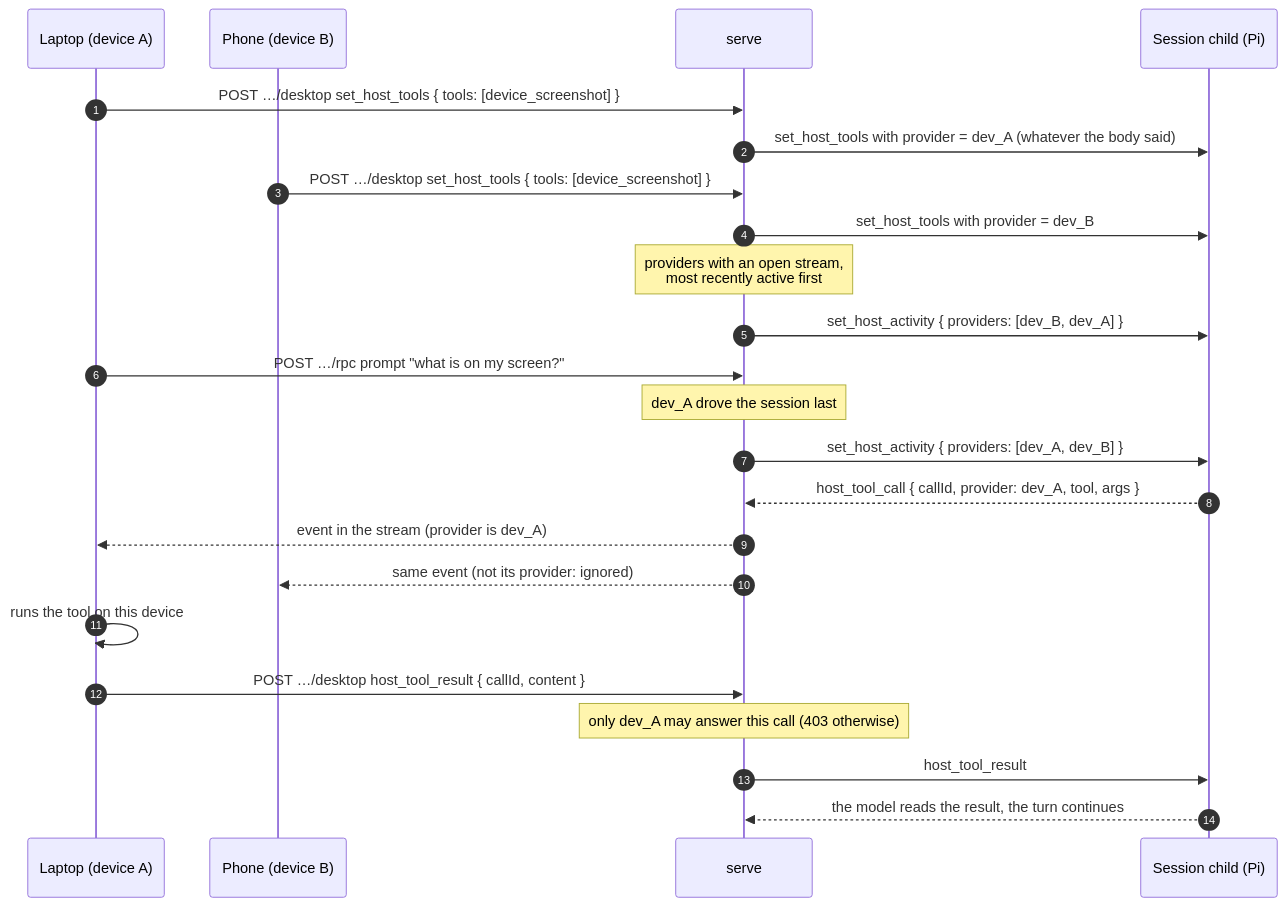
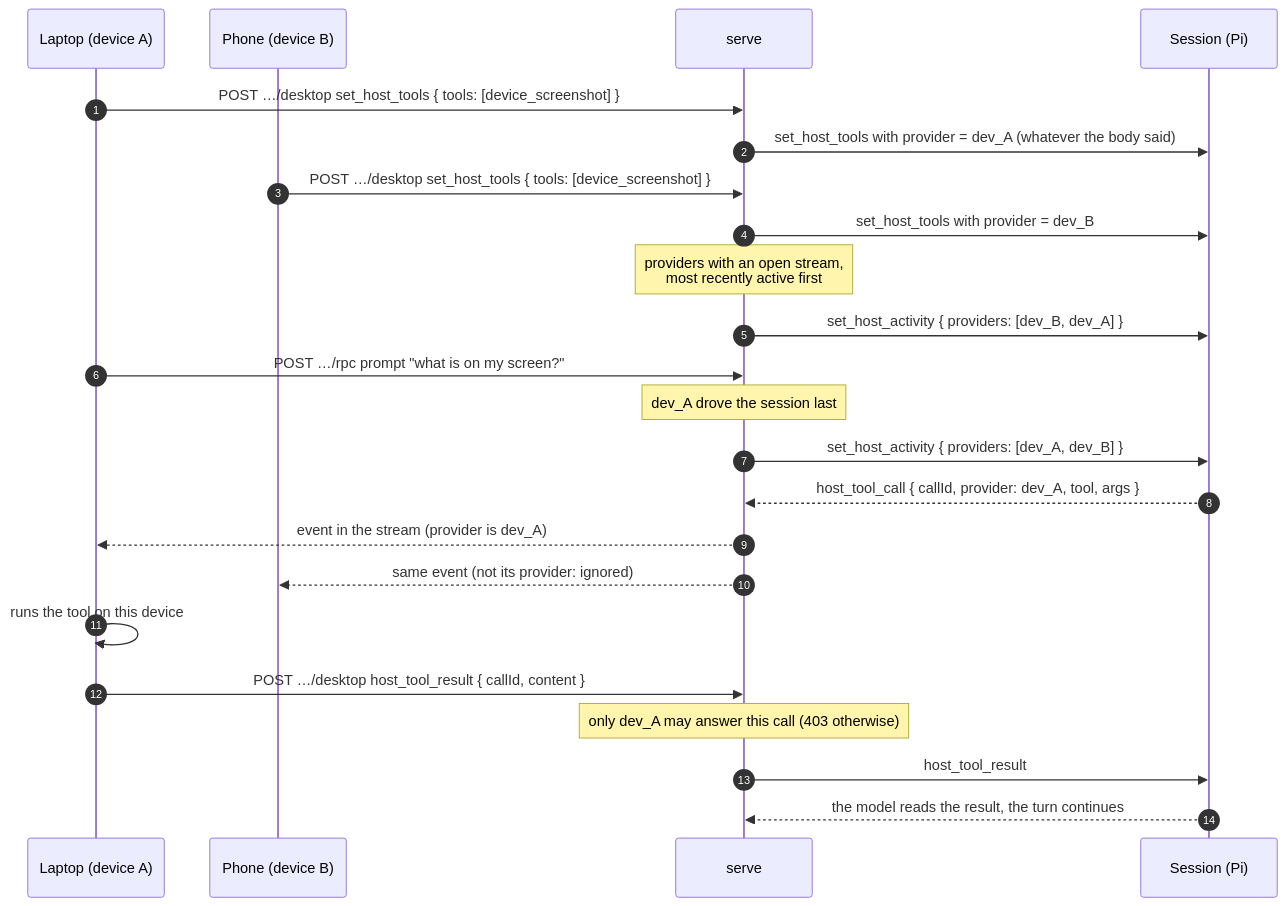
One commit to Gentleman-Programming/gentle-shell changed the fourth of 6 diagrams in docs/remote.md. Above: the diagram before and after it, drawn with Mermaid. The commit also changed other lines of this file and 40 other files, not shown here.

````diff
--- a/docs/remote.md
+++ b/docs/remote.md
@@ -143,25 +146,25 @@
 ```mermaid
 sequenceDiagram
     autonumber
     participant Mac as Laptop (device A)
     participant Phone as Phone (device B)
     participant S as serve
-    participant P as Session child (Pi)
+    participant P as Session (Pi)
     Mac->>S: POST …/desktop set_host_tools { tools: [device_screenshot] }
     S->>P: set_host_tools with provider = dev_A (whatever the body said)
     Phone->>S: POST …/desktop set_host_tools { tools: [device_screenshot] }
     S->>P: set_host_tools with provider = dev_B
     Note over S: providers with an open stream,<br/>most recently active first
     S->>P: set_host_activity { providers: [dev_B, dev_A] }
     Mac->>S: POST …/rpc prompt "what is on my screen?"
     Note over S: dev_A drove the session last
     S->>P: set_host_activity { providers: [dev_A, dev_B] }
     P-->>S: host_tool_call { callId, provider: dev_A, tool, args }
     S-->>Mac: event in the stream (provider is dev_A)
     S-->>Phone: same event (not its provider: ignored)
     Mac->>Mac: runs the tool on this device
     Mac->>S: POST …/desktop host_tool_result { callId, content }
     Note over S: only dev_A may answer this call (403 otherwise)
     S->>P: host_tool_result
     P-->>S: the model reads the result, the turn continues
 ```
````
